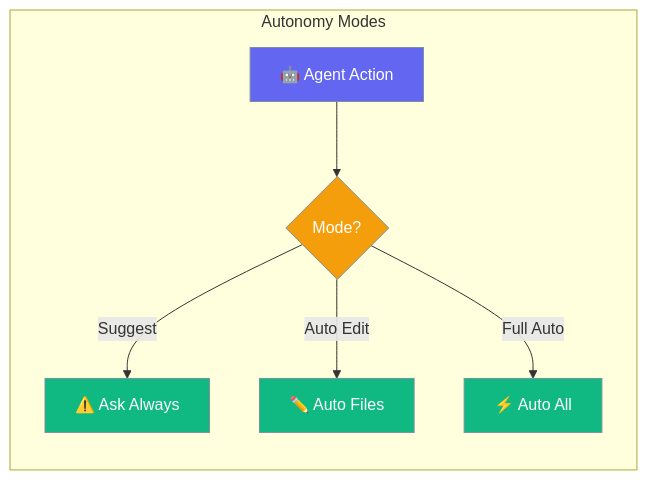
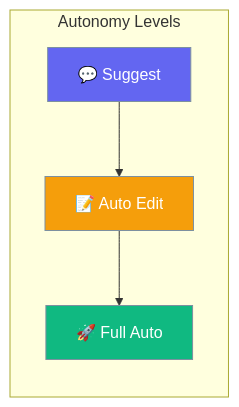
One commit to MervinPraison/PraisonAIDocs changed the first of 2 diagrams in docs/js/autonomy.mdx. Above: the diagram before and after it, drawn with Mermaid. The commit also changed other lines of this file and 30 other files, not shown here.

````diff
--- a/docs/js/autonomy.mdx
+++ b/docs/js/autonomy.mdx
@@ -10,17 +10,15 @@
 ```mermaid
 graph LR
-    subgraph "Autonomy Modes"
-        A[🤖 Agent Action] --> B{Mode?}
-        B -->|Suggest| C[⚠️ Ask Always]
-        B -->|Auto Edit| D[✏️ Auto Files]
-        B -->|Full Auto| E[⚡ Auto All]
+    subgraph "Autonomy Levels"
+        A[💬 Suggest] --> B[📝 Auto Edit]
+        B --> C[🚀 Full Auto]
     end
     
-    classDef action fill:#6366F1,stroke:#7C90A0,color:#fff
-    classDef decision fill:#F59E0B,stroke:#7C90A0,color:#fff
-    classDef mode fill:#10B981,stroke:#7C90A0,color:#fff
+    classDef suggest fill:#6366F1,stroke:#7C90A0,color:#fff
+    classDef edit fill:#F59E0B,stroke:#7C90A0,color:#fff
+    classDef auto fill:#10B981,stroke:#7C90A0,color:#fff
     
-    class A action
-    class B decision
-    class C,D,E mode
+    class A suggest
+    class B edit
+    class C auto
 ```
````
